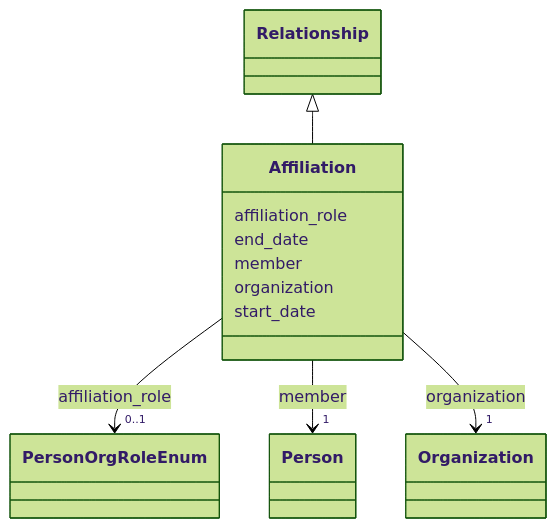
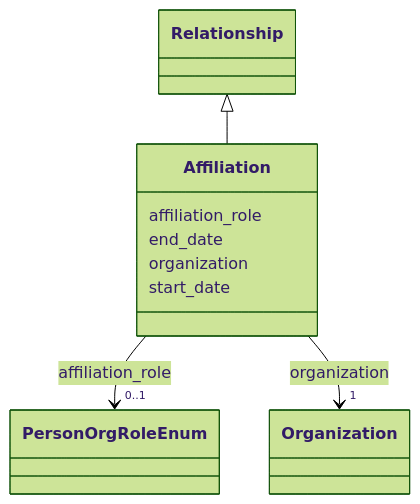
Before and after one commit to DARIAH-IL/idhi-manifests: the diagram in docs/classes/Affiliation.md, drawn with Mermaid (forest theme). The commit also changed other lines of this file and 68 other files, not shown here.

````diff
--- a/docs/classes/Affiliation.md
+++ b/docs/classes/Affiliation.md
@@ -22,54 +22,41 @@
 ```mermaid
  classDiagram
     class Affiliation
       Relationship <|-- Affiliation
         click Relationship href "../../classes/Relationship/"
       
 
       
 
       Affiliation : affiliation_role
         
           
     
         
         
         Affiliation --> "0..1" PersonOrgRoleEnum : affiliation_role
         
         click PersonOrgRoleEnum href "../../enums/PersonOrgRoleEnum/"
         
     
 
         
       Affiliation : end_date
         
-      Affiliation : member
-        
-          
-    
-        
-        
-        Affiliation --> "1" Person : member
-        
-        click Person href "../../classes/Person/"
-        
-    
-
-        
       Affiliation : organization
         
           
     
         
         
         Affiliation --> "1" Organization : organization
         
         click Organization href "../../classes/Organization/"
         
     
 
         
       Affiliation : start_date
         
       
 ```
````
